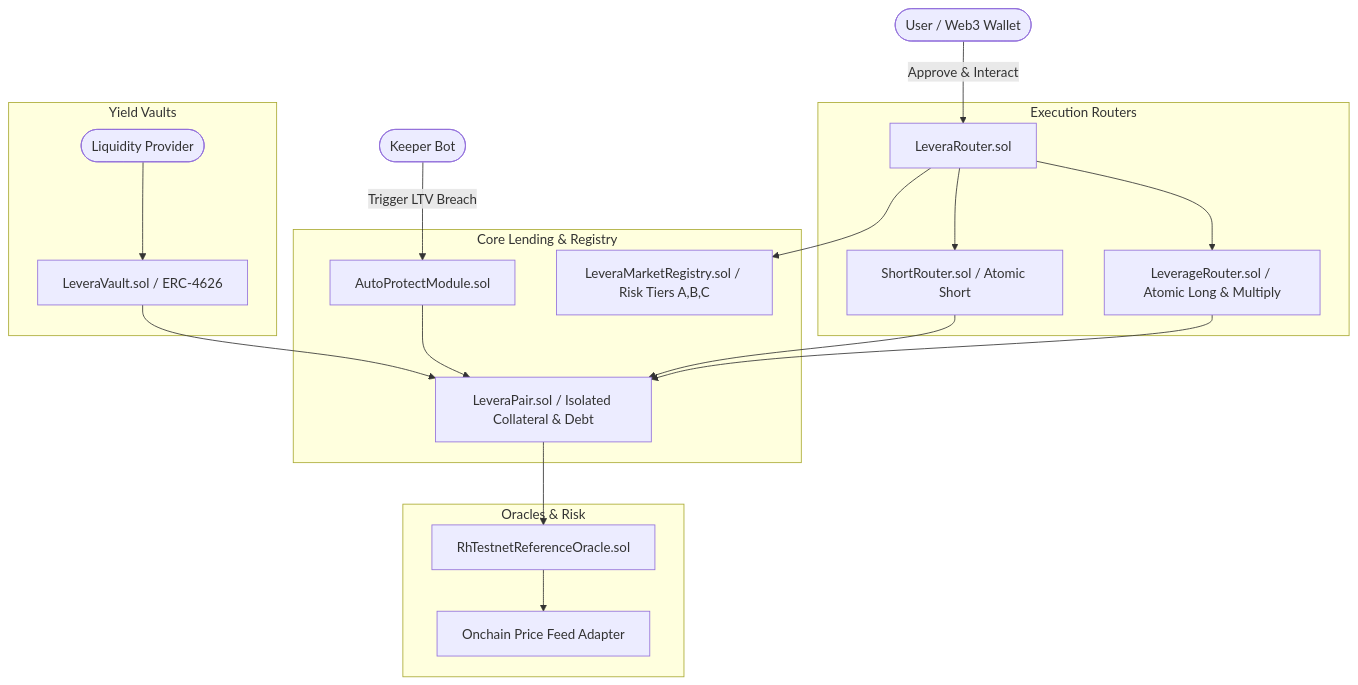
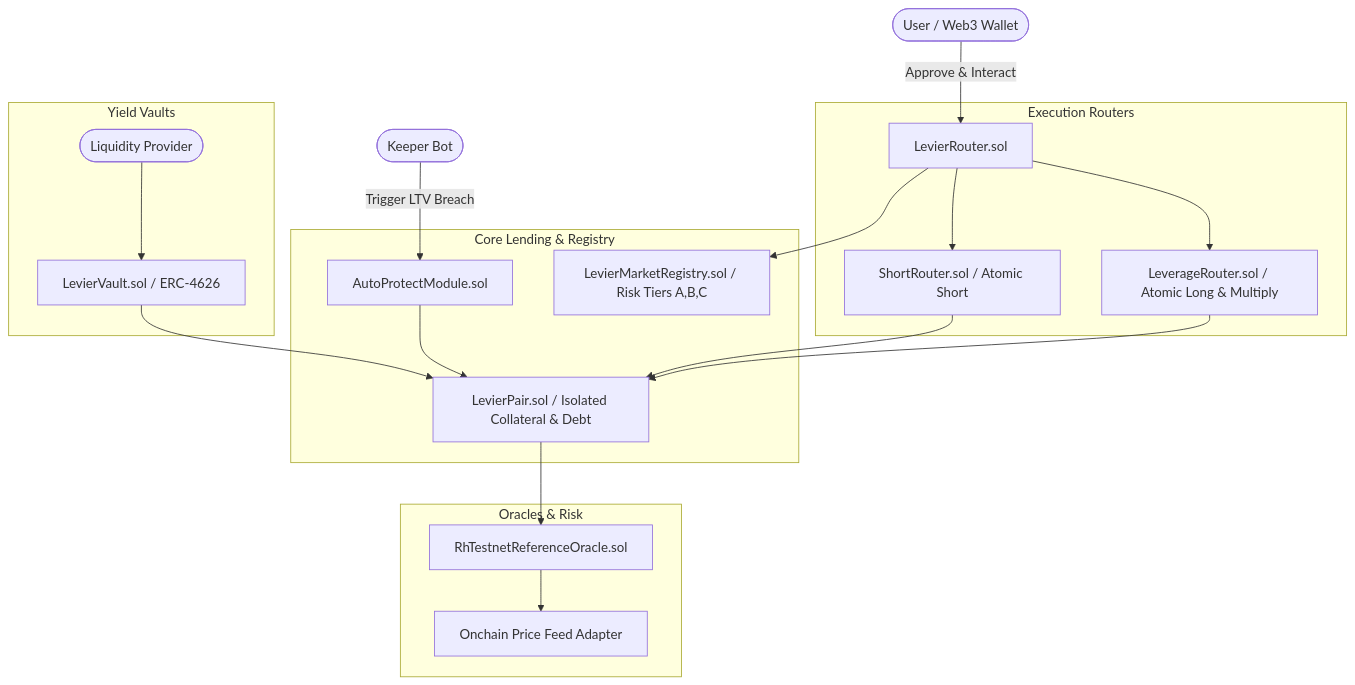
One commit to Levier-Tech/levier changed the diagram in README.md. Above: the diagram before and after it, drawn with Mermaid. The commit also changed other lines of this file and 27 other files, not shown here.

````diff
--- a/README.md
+++ b/README.md
@@ -126,27 +128,27 @@
 ```mermaid
 graph TD
-    User([User / Web3 Wallet]) -->|Approve & Interact| Router[LeveraRouter.sol]
+    User([User / Web3 Wallet]) -->|Approve & Interact| Router[LevierRouter.sol]
     Keeper([Keeper Bot]) -->|Trigger LTV Breach| AutoProtect[AutoProtectModule.sol]
 
     subgraph Execution Routers
         Router --> LeverageRouter[LeverageRouter.sol / Atomic Long & Multiply]
         Router --> ShortRouter[ShortRouter.sol / Atomic Short]
     end
 
     subgraph Core Lending & Registry
-        Router --> Registry[LeveraMarketRegistry.sol / Risk Tiers A,B,C]
-        LeverageRouter --> Pairs[LeveraPair.sol / Isolated Collateral & Debt]
+        Router --> Registry[LevierMarketRegistry.sol / Risk Tiers A,B,C]
+        LeverageRouter --> Pairs[LevierPair.sol / Isolated Collateral & Debt]
         ShortRouter --> Pairs
         AutoProtect --> Pairs
     end
 
     subgraph Yield Vaults
-        LP([Liquidity Provider]) --> Vault[LeveraVault.sol / ERC-4626]
+        LP([Liquidity Provider]) --> Vault[LevierVault.sol / ERC-4626]
         Vault --> Pairs
     end
 
     subgraph Oracles & Risk
         Pairs --> Oracle[RhTestnetReferenceOracle.sol]
         Oracle --> RobinhoodFeed[Onchain Price Feed Adapter]
     end
 ```
````
